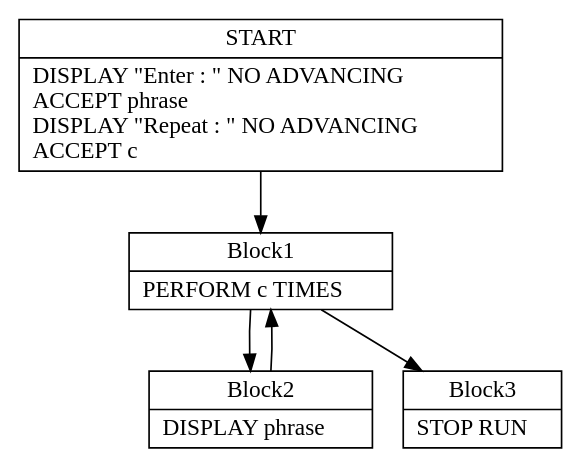
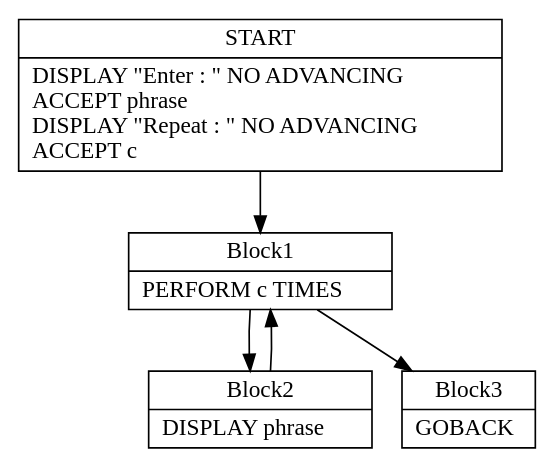
Before and after one commit to TypeCobolTeam/TypeCobol: the diagram in TypeCobol.Analysis.Test/DotOutput/PerformTime0.dot, drawn with Graphviz. The commit also changed 9 other files, not shown here.

```diff
--- a/TypeCobol.Analysis.Test/DotOutput/PerformTime0.dot
+++ b/TypeCobol.Analysis.Test/DotOutput/PerformTime0.dot
@@ -1,26 +1,26 @@
 digraph Cfg {
 node [
 shape = "record"
 ]
 
 edge [
 arrowtail = "empty"
 ]
 Block0 [
 label = "{START|    DISPLAY \"Enter : \" NO ADVANCING\l                                    ACCEPT phrase\l    DISPLAY \"Repeat : \" NO ADVANCING\l                                     ACCEPT c\l}"
 ]
 Block1 [
 label = "{Block1|    PERFORM c TIMES\l}"
 ]
 Block2 [
 label = "{Block2|      DISPLAY phrase\l}"
 ]
 Block3 [
-label = "{Block3|    STOP RUN\l}"
+label = "{Block3|    GOBACK\l}"
 ]
 Block0 -> Block1
 Block1 -> Block2
 Block1 -> Block3
 Block2 -> Block1
 
 }
```
